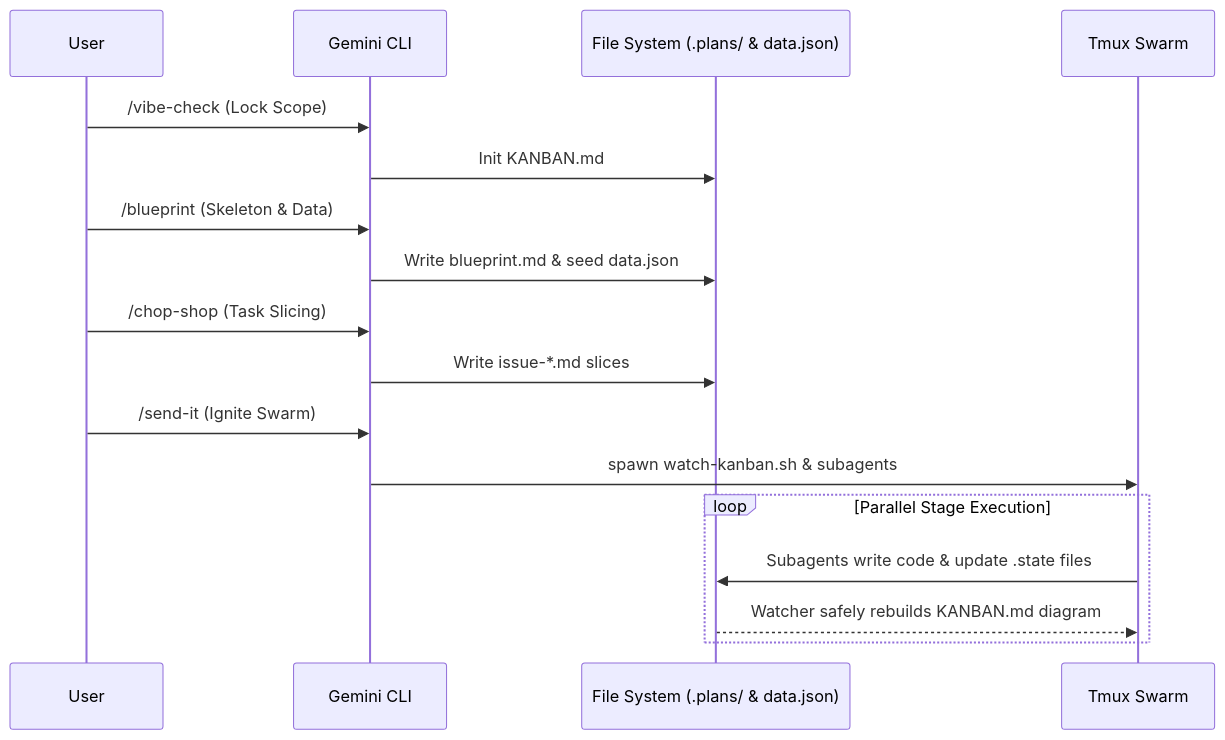
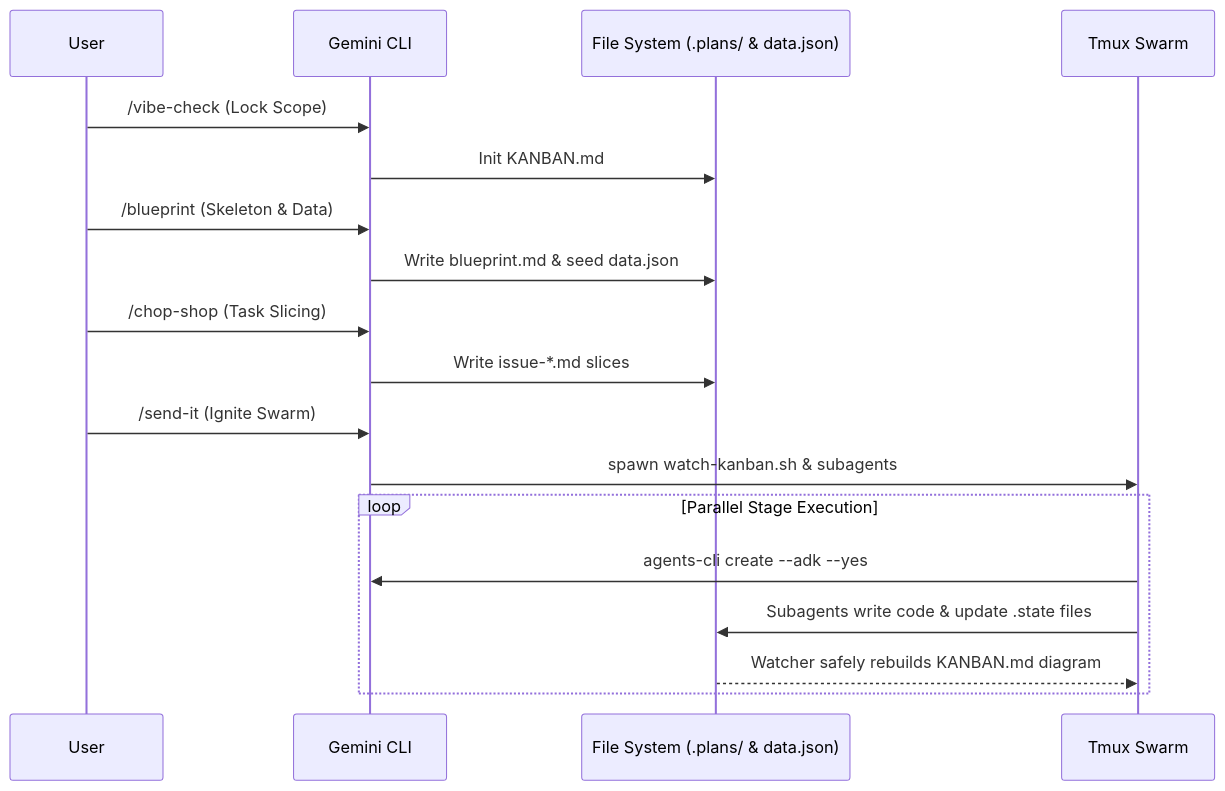
One commit to sapientcoffee/vibe-games changed the first of 2 diagrams in README.md. Above: the diagram before and after it, drawn with Mermaid. The commit also changed other lines of this file and 2 other files, not shown here.

````diff
--- a/README.md
+++ b/README.md
@@ -15,20 +15,21 @@
 ```mermaid
 sequenceDiagram
     participant User
     participant G as Gemini CLI
     participant FS as File System (.plans/ & data.json)
     participant Tmux as Tmux Swarm
     
     User->>G: /vibe-check (Lock Scope)
     G->>FS: Init KANBAN.md
     User->>G: /blueprint (Skeleton & Data)
     G->>FS: Write blueprint.md & seed data.json
     User->>G: /chop-shop (Task Slicing)
     G->>FS: Write issue-*.md slices
     User->>G: /send-it (Ignite Swarm)
     G->>Tmux: spawn watch-kanban.sh & subagents
     loop Parallel Stage Execution
+        Tmux->>G: agents-cli create --adk --yes
         Tmux->>FS: Subagents write code & update .state files
         FS-->>Tmux: Watcher safely rebuilds KANBAN.md diagram
     end
 ```
````
